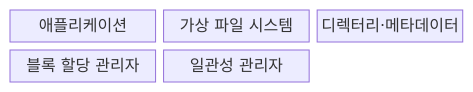
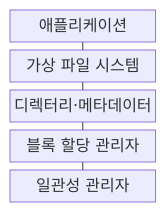
Before and after one commit to agnusdei1207/knowledge-base: the first of 2 diagrams in src/content/docs/notes/03-software/020_file_system.md, drawn with Mermaid. The commit also changed other lines of this file and 20 other files, not shown here.

````diff
--- a/src/content/docs/notes/03-software/020_file_system.md
+++ b/src/content/docs/notes/03-software/020_file_system.md
@@ -70,9 +70,13 @@
 ```mermaid
-block-beta
-  columns 3
-  A["애플리케이션"]
-  V["가상 파일 시스템"]
-  M["디렉터리·메타데이터"]
-  B["블록 할당 관리자"]
-  C["일관성 관리자"]
+block
+    columns 1
+    A["애플리케이션"]
+    V["가상 파일 시스템"]
+    M["디렉터리·메타데이터"]
+    B["블록 할당 관리자"]
+    C["일관성 관리자"]
+    A --- V
+    V --- M
+    M --- B
+    B --- C
 ```
````
